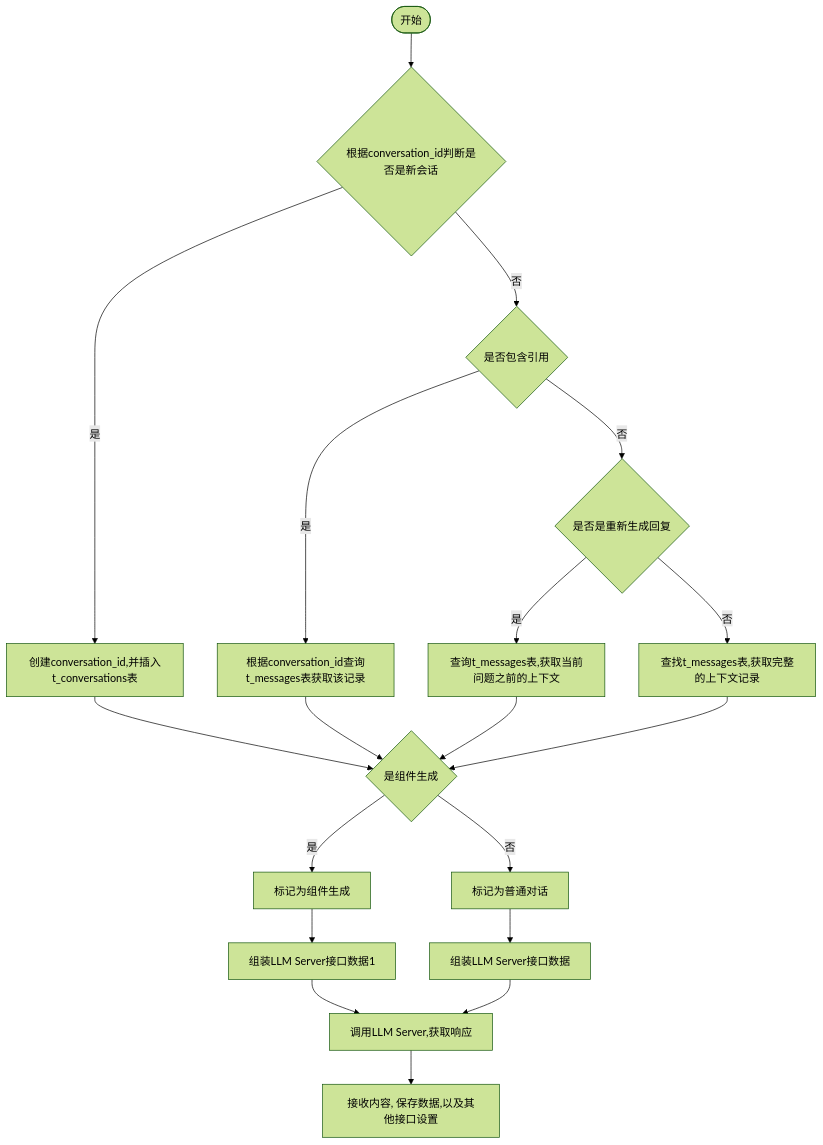
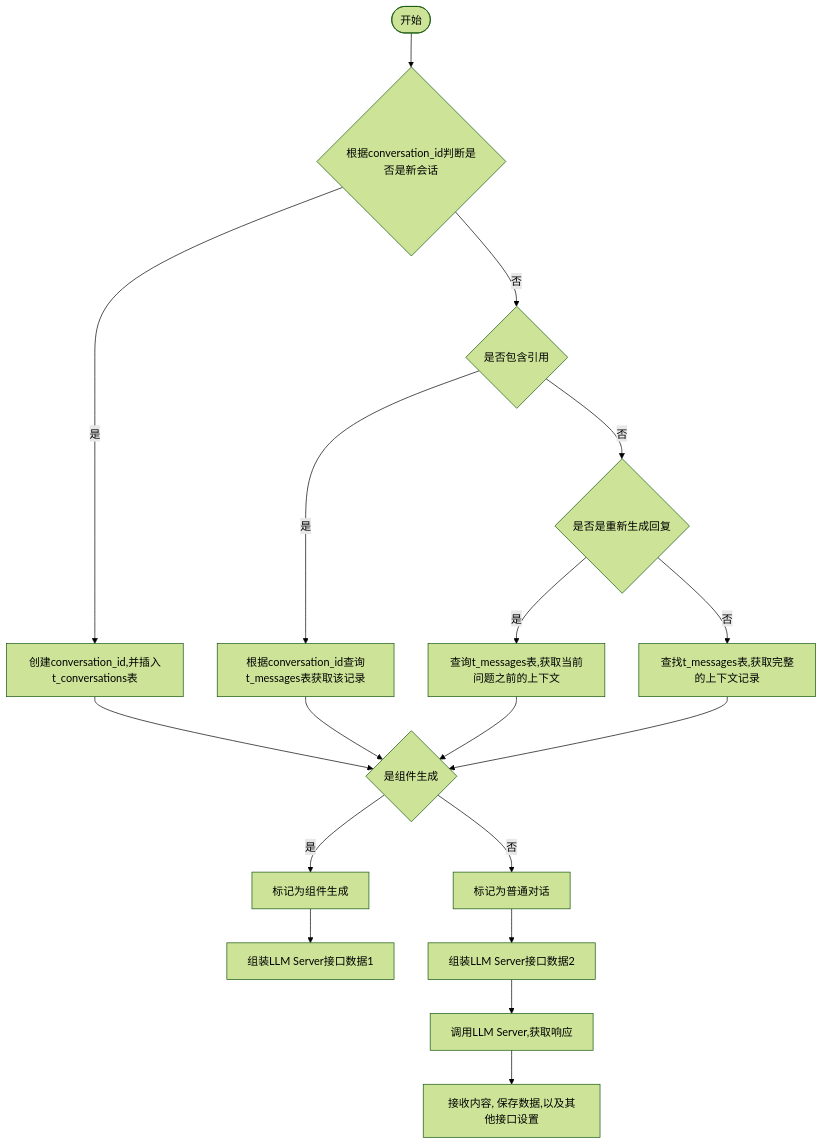
One commit to yingjianzh/iodraw-files changed the diagram in all/未命名-7.md. Above: the diagram before and after it, drawn with Mermaid (forest theme).

Commit message:
2024-10-12 14:30:24 update

````diff
--- a/all/未命名-7.md
+++ b/all/未命名-7.md
@@ -1,20 +1,20 @@
 ```mermaid
 flowchart TD
     A([开始]) --> B{根据conversation_id判断是否是新会话}
     B -- 是 --> C[创建conversation_id,并插入t_conversations表]
     B -- 否 --> D{是否包含引用}
     D -- 是 --> E[根据conversation_id查询t_messages表获取该记录]
     D -- 否 --> F{是否是重新生成回复}
     F -- 是 --> G[查询t_messages表,获取当前问题之前的上下文]
     F -- 否 --> H[查找t_messages表,获取完整的上下文记录]
      
     C & E & G & H --> I{是组件生成}
     I -- 是 --> J[标记为组件生成]
     I -- 否 --> K[标记为普通对话]
 
     J --> L[组装LLM Server接口数据1]    
-    K --> M[组装LLM Server接口数据]    
-    L & M --> N[调用LLM Server,获取响应]    
+    K --> M[组装LLM Server接口数据2]    
+    M --> N[调用LLM Server,获取响应]    
     N --> O[接收内容, 保存数据,以及其他接口设置]
 
 ```
````
